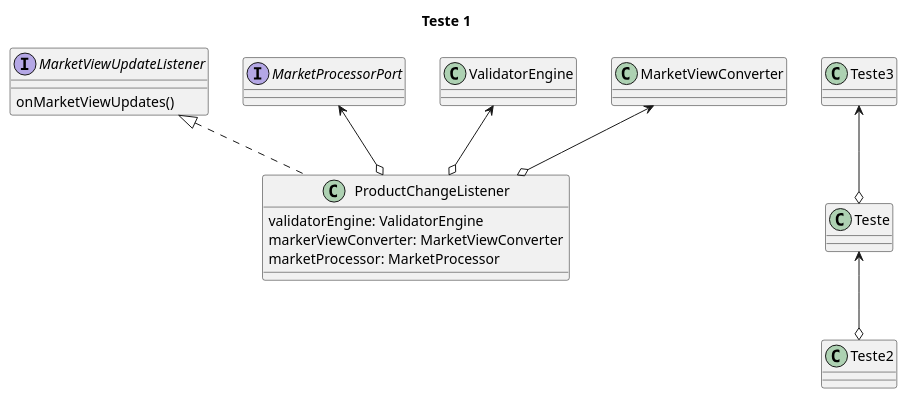
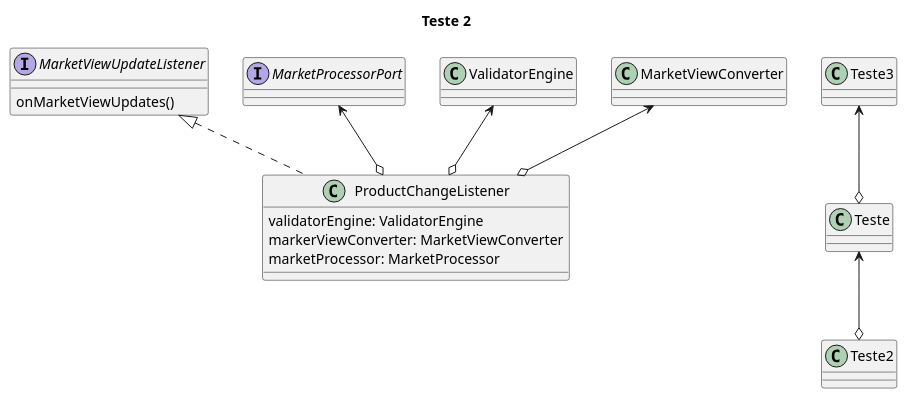
One commit to freitasm2/github-pages-with-jekyll changed the diagram in docs/src/teste1.puml. Above: the diagram before and after it, drawn with PlantUML.

```diff
--- a/docs/src/teste1.puml
+++ b/docs/src/teste1.puml
@@ -1,26 +1,26 @@
 @startuml
 skinparam backgroundColor white
 
-title Teste 1
+title Teste 2
 
 class ProductChangeListener{
 validatorEngine: ValidatorEngine
 markerViewConverter: MarketViewConverter
 marketProcessor: MarketProcessor
 }
 
 interface MarketViewUpdateListener{
 onMarketViewUpdates()
 }
 
 interface MarketProcessorPort{
 }
 
 MarketViewUpdateListener <|.. ProductChangeListener
 ValidatorEngine <--o ProductChangeListener
 MarketViewConverter <--o ProductChangeListener
 MarketProcessorPort <--o ProductChangeListener
 Teste3 <--o Teste
 Teste <--o Teste2
 
 @enduml
```
